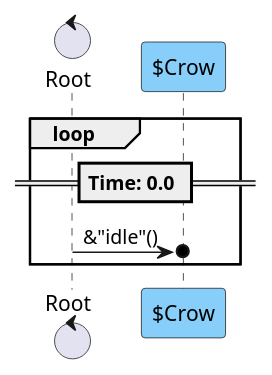
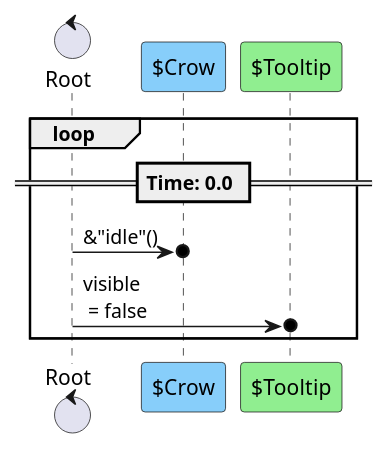
The second of 5 diagrams in content/scenes/src/stages/0/gimmicks/climb_lecture/climb_lecture.tscn.adoc (tkmfujise/Platformer-Game-Learning), drawn with PlantUML before and after one commit. The commit also changed other lines of this file and 232 other files, not shown here.

```diff
--- a/content/scenes/src/stages/0/gimmicks/climb_lecture/climb_lecture.tscn.adoc
+++ b/content/scenes/src/stages/0/gimmicks/climb_lecture/climb_lecture.tscn.adoc
@@ -97,12 +120,14 @@
 [plantuml]
 ....
 control "Root" as R
 participant "$Crow" as T0 #87CEFA
+participant "$Tooltip" as T1 #90EE90
 
 
 loop
 == Time: 0.0 ==
 R  ->o  T0 : &"idle"()
+R  ->o  T1 : visible\n = false
 
 end
 ....
```
